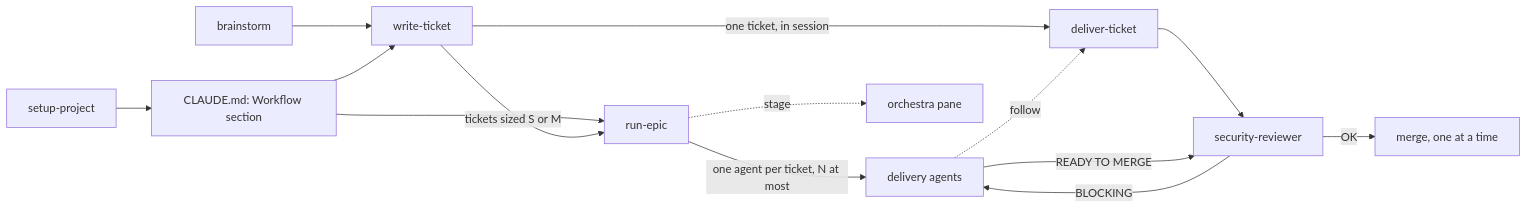
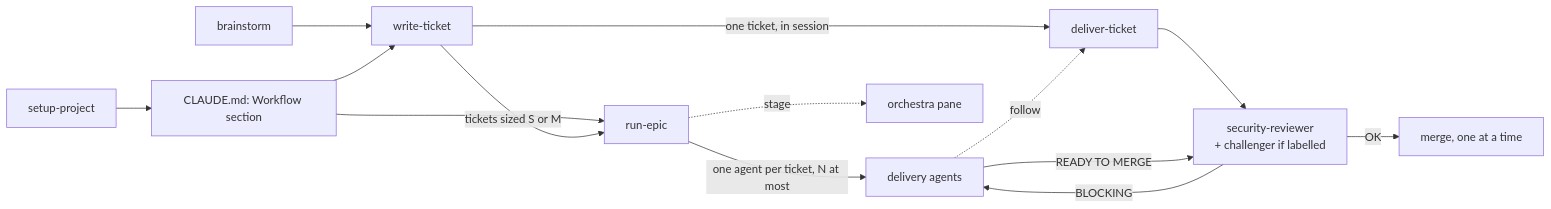
One commit to Xavier-Cliquennois/claude-ticket-flow changed the diagram in README.md. Above: the diagram before and after it, drawn with Mermaid. The commit also changed other lines of this file and 12 other files, not shown here.

First line of the commit message:
feat(ticket-flow): challenger agent on tickets labelled challenger

````diff
--- a/README.md
+++ b/README.md
@@ -41,16 +41,16 @@
 ```mermaid
 flowchart LR
   S["setup-project"] --> C["CLAUDE.md: Workflow section"]
   B["brainstorm"] --> W["write-ticket"]
   C --> W
   C --> E["run-epic"]
   W -->|"tickets sized S or M"| E
   W -->|"one ticket, in session"| D["deliver-ticket"]
   D --> R
   E -->|"one agent per ticket, N at most"| A["delivery agents"]
   A -.->|"follow"| D
-  A -->|"READY TO MERGE"| R["security-reviewer"]
+  A -->|"READY TO MERGE"| R["security-reviewer<br/>+ challenger if labelled"]
   R -->|"OK"| M["merge, one at a time"]
   R -->|"BLOCKING"| A
   E -.->|"stage"| O["orchestra pane"]
 ```
````
